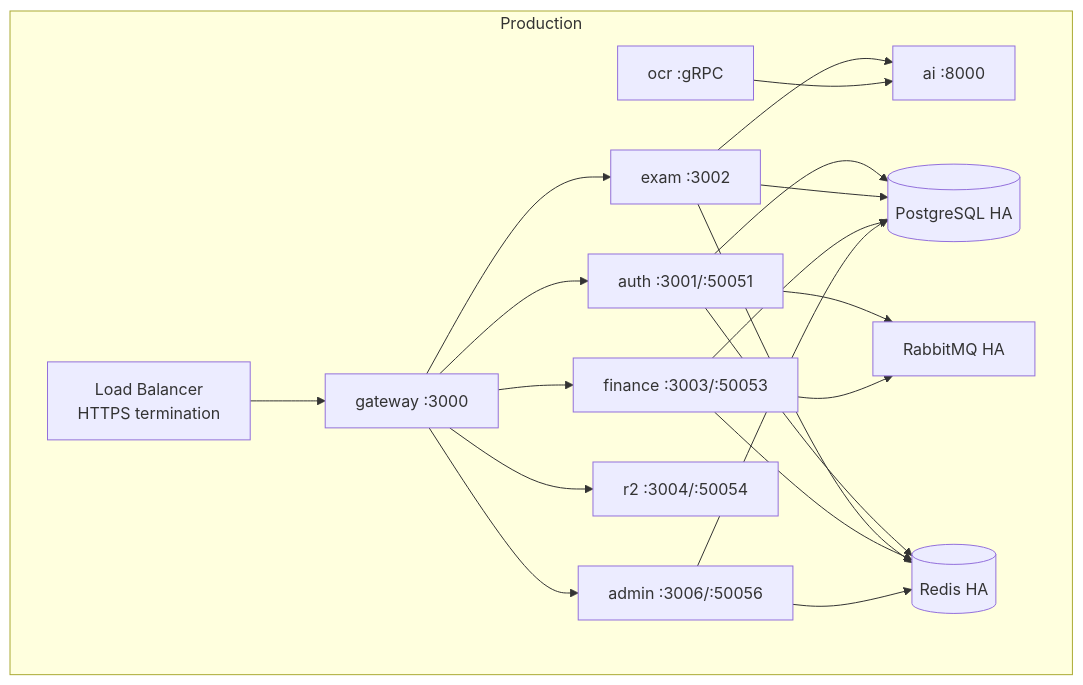
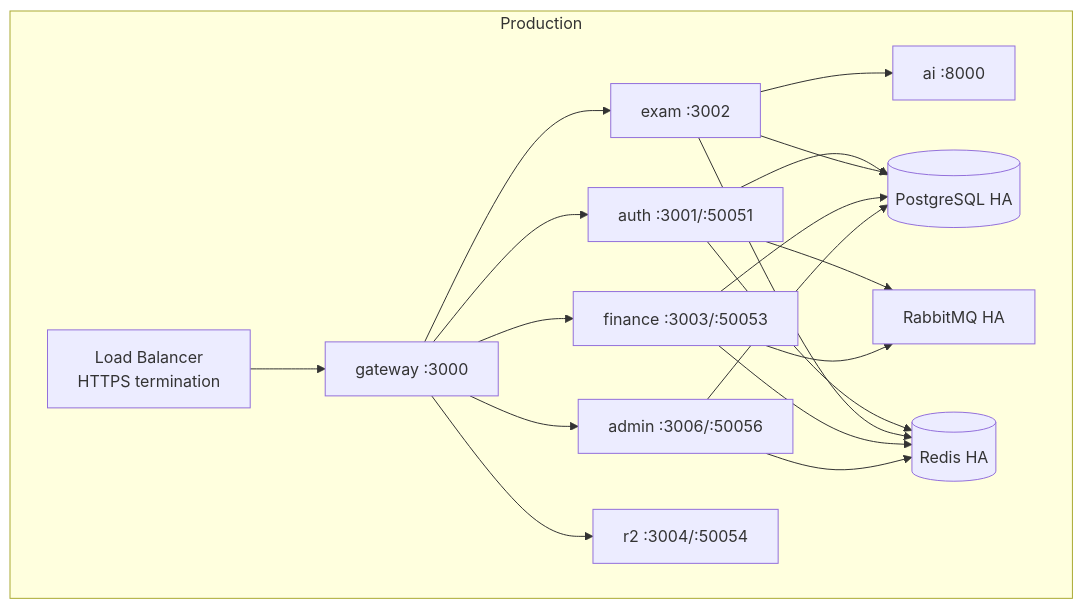
Before and after one commit to tgiap04/examio: the eighth of 8 diagrams in docs/system/architecture.md, drawn with Mermaid. The commit also changed other lines of this file and 5 other files, not shown here.

````diff
--- a/docs/system/architecture.md
+++ b/docs/system/architecture.md
@@ -329,35 +325,33 @@
 ```mermaid
 graph TB
     subgraph Production
         LB[Load Balancer<br/>HTTPS termination]
         GW[gateway :3000]
         AUTH[auth :3001/:50051]
         EXAM[exam :3002]
         FIN[finance :3003/:50053]
         ADMIN[admin :3006/:50056]
         R2[r2 :3004/:50054]
         AI[ai :8000]
-        OCR[ocr :gRPC]
         PG[(PostgreSQL HA)]
         REDIS[(Redis HA)]
         RMQ[RabbitMQ HA]
     end
     LB --> GW
     GW --> AUTH
     GW --> EXAM
     GW --> FIN
     GW --> ADMIN
     GW --> R2
     EXAM --> AI
-    OCR --> AI
     AUTH --> PG
     EXAM --> PG
     FIN --> PG
     ADMIN --> PG
     AUTH --> RMQ
     FIN --> RMQ
     AUTH --> REDIS
     EXAM --> REDIS
     FIN --> REDIS
     ADMIN --> REDIS
 ```
````
